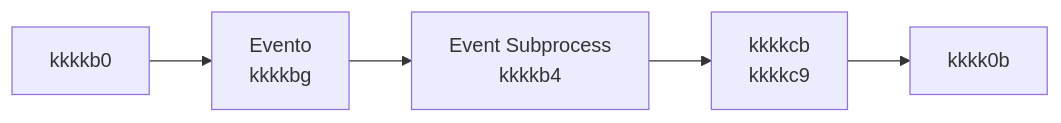
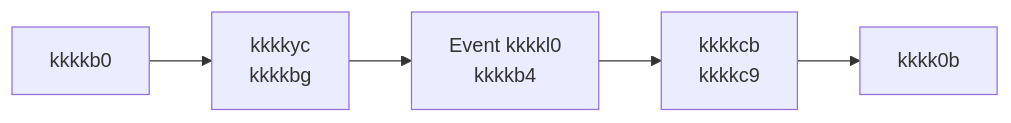
Before and after one commit to fabaodevudi/outros-codigos: the diagram in Java/Def2.md, drawn with Mermaid. The commit also changed other lines of this file, not shown here.

Commit message:
Refactor decision context and architectural interpretation

````diff
--- a/Java/Def2.md
+++ b/Java/Def2.md
@@ -114,13 +114,13 @@
 ```mermaid
 flowchart LR
   A[kkkkb0]
-  B[Evento<br>kkkkbg]
-  C[Event Subprocess<br>kkkkb4]
+  B[kkkkyc<br>kkkkbg]
+  C[Event kkkkl0<br>kkkkb4]
   D[kkkkcb<br>kkkkc9]
   E[kkkk0b]
 
   A --> B
   B --> C
   C --> D
   D --> E
 ```
````
